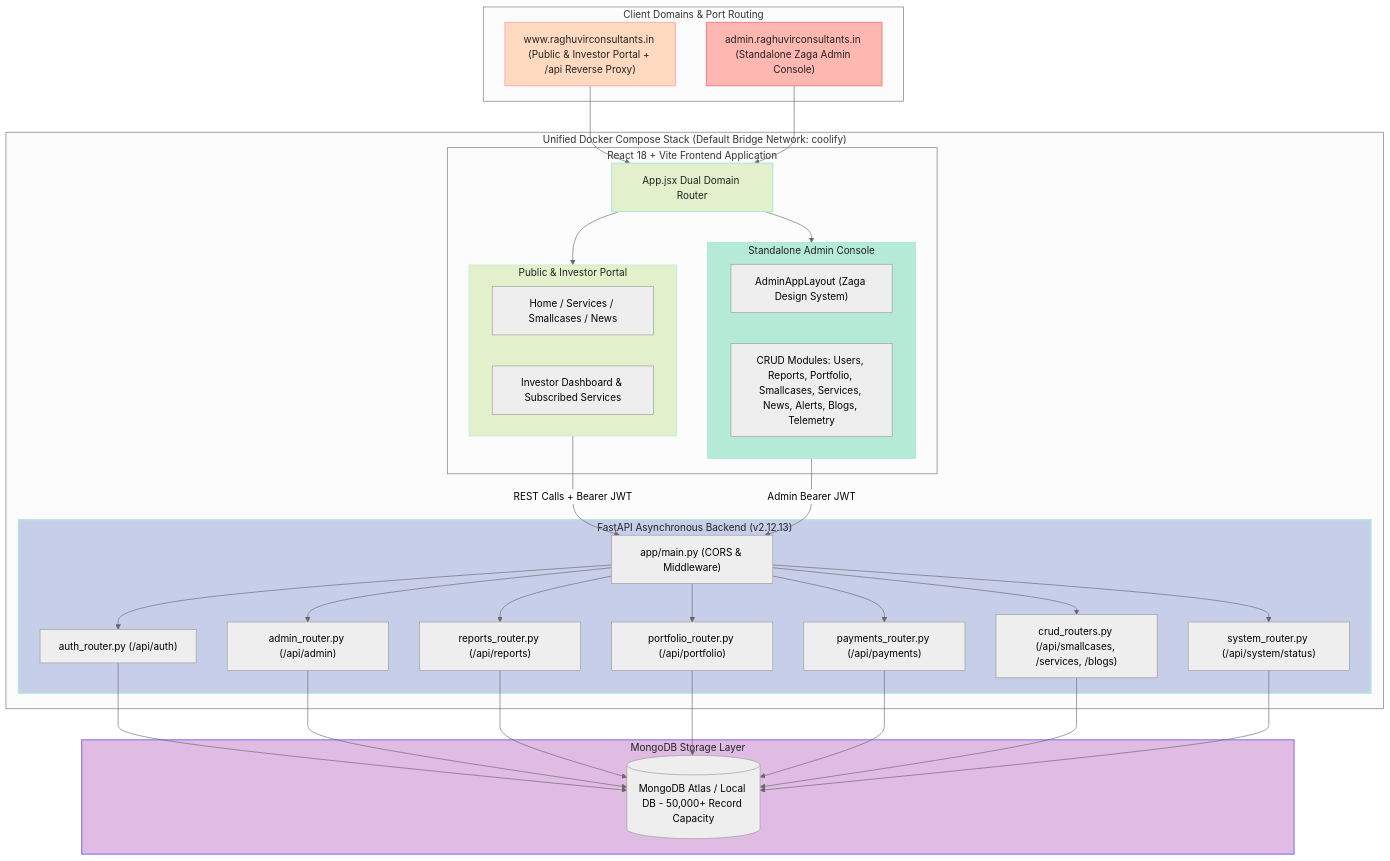
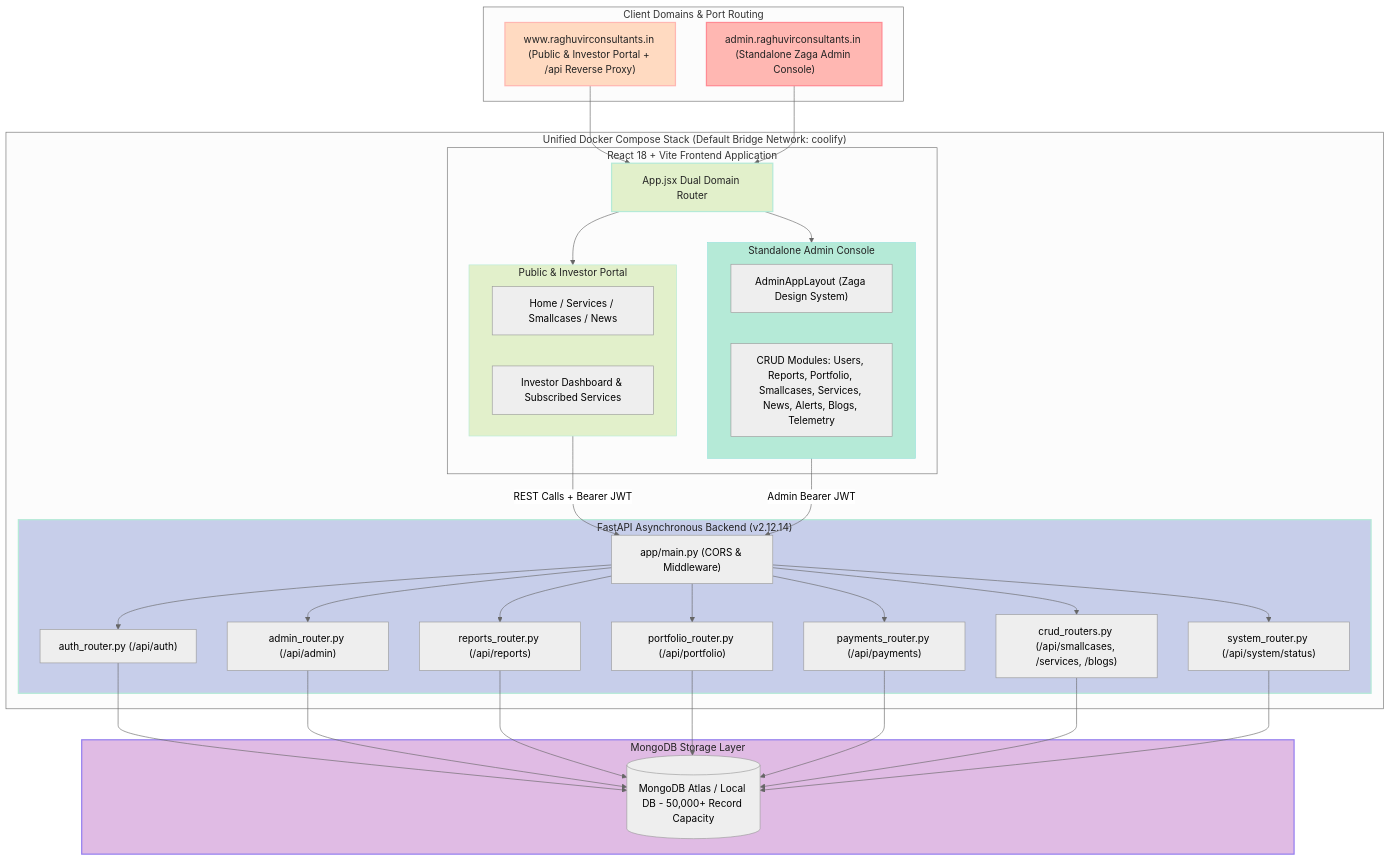
Before and after one commit to tejasrsuthar/raghuvirconsultants-site: the first of 2 diagrams in backend/docs/ARCHITECTURE.md, drawn with Mermaid (neutral theme). The commit also changed other lines of this file and 14 other files, not shown here.

````diff
--- a/backend/docs/ARCHITECTURE.md
+++ b/backend/docs/ARCHITECTURE.md
@@ -14,72 +14,72 @@
 ```mermaid
 graph TD
     subgraph ClientDomains["Client Domains & Port Routing"]
         PublicDomain["www.raghuvirconsultants.in (Public & Investor Portal + /api Reverse Proxy)"]
         AdminDomain["admin.raghuvirconsultants.in (Standalone Zaga Admin Console)"]
     end
 
     subgraph ComposeStack["Unified Docker Compose Stack (Default Bridge Network: coolify)"]
         subgraph ReactFrontend["React 18 + Vite Frontend Application"]
             AppRouter["App.jsx Dual Domain Router"]
             
             subgraph PublicPortal["Public & Investor Portal"]
               PublicViews["Home / Services / Smallcases / News"]
               InvestorPortal["Investor Dashboard & Subscribed Services"]
             end
 
             subgraph ZagaAdmin["Standalone Admin Console"]
               AdminLayout["AdminAppLayout (Zaga Design System)"]
               AdminModules["CRUD Modules: Users, Reports, Portfolio, Smallcases, Services, News, Alerts, Blogs, Telemetry"]
             end
         end
 
-        subgraph FastAPIServer["FastAPI Asynchronous Backend (v2.12.13)"]
+        subgraph FastAPIServer["FastAPI Asynchronous Backend (v2.12.14)"]
             API["app/main.py (CORS & Middleware)"]
             AuthRouter["auth_router.py (/api/auth)"]
             AdminRouter["admin_router.py (/api/admin)"]
             ReportsRouter["reports_router.py (/api/reports)"]
             PortfolioRouter["portfolio_router.py (/api/portfolio)"]
             PaymentsRouter["payments_router.py (/api/payments)"]
             CRUDRouters["crud_routers.py (/api/smallcases, /services, /blogs)"]
             SystemRouter["system_router.py (/api/system/status)"]
         end
     end
 
     subgraph DataStore["MongoDB Storage Layer"]
         MongoDB[(MongoDB Atlas / Local DB - 50,000+ Record Capacity)]
     end
 
     PublicDomain --> AppRouter
     AdminDomain --> AppRouter
 
     AppRouter --> PublicPortal
     AppRouter --> ZagaAdmin
 
     PublicPortal -->|REST Calls + Bearer JWT| API
     ZagaAdmin -->|Admin Bearer JWT| API
 
     API --> AuthRouter
     API --> AdminRouter
     API --> ReportsRouter
     API --> PortfolioRouter
     API --> PaymentsRouter
     API --> CRUDRouters
     API --> SystemRouter
 
     AuthRouter --> MongoDB
     AdminRouter --> MongoDB
     ReportsRouter --> MongoDB
     PortfolioRouter --> MongoDB
     PaymentsRouter --> MongoDB
     CRUDRouters --> MongoDB
     SystemRouter --> MongoDB
 
     %% Pastel Color Palette Styling
     style PublicDomain fill:#FFDAC1,stroke:#FFB7B2,stroke-width:2px,color:#222;
     style AdminDomain fill:#FFB7B2,stroke:#FF8B94,stroke-width:2px,color:#222;
     style AppRouter fill:#E2F0CB,stroke:#B5EAD7,stroke-width:2px,color:#222;
     style PublicPortal fill:#E2F0CB,stroke:#B5EAD7,stroke-width:1px,color:#222;
     style ZagaAdmin fill:#B5EAD7,stroke:#93E1D8,stroke-width:1px,color:#222;
     style FastAPIServer fill:#C7CEEA,stroke:#B5EAD7,stroke-width:2px,color:#222;
     style DataStore fill:#E0BBE4,stroke:#957FEF,stroke-width:2px,color:#222;
 ```
````
